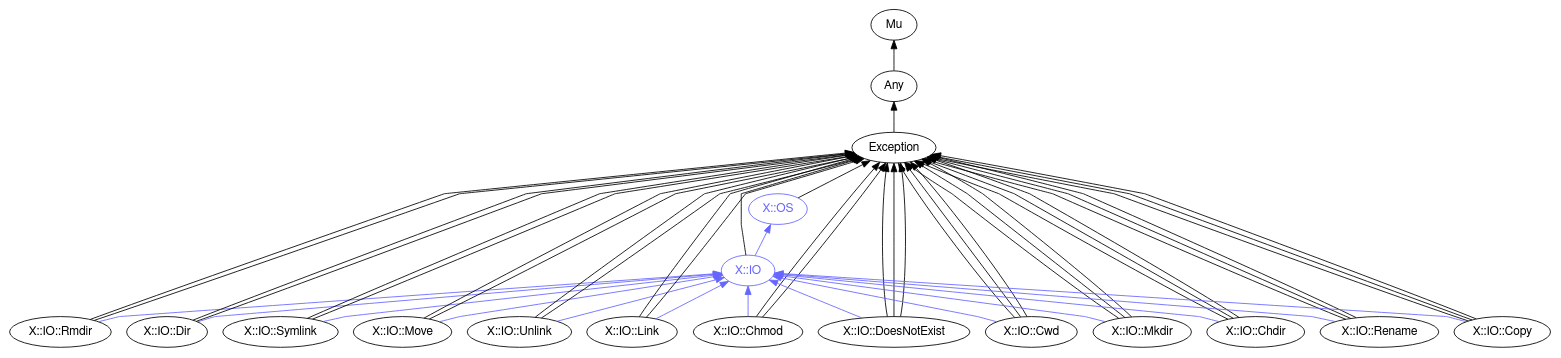
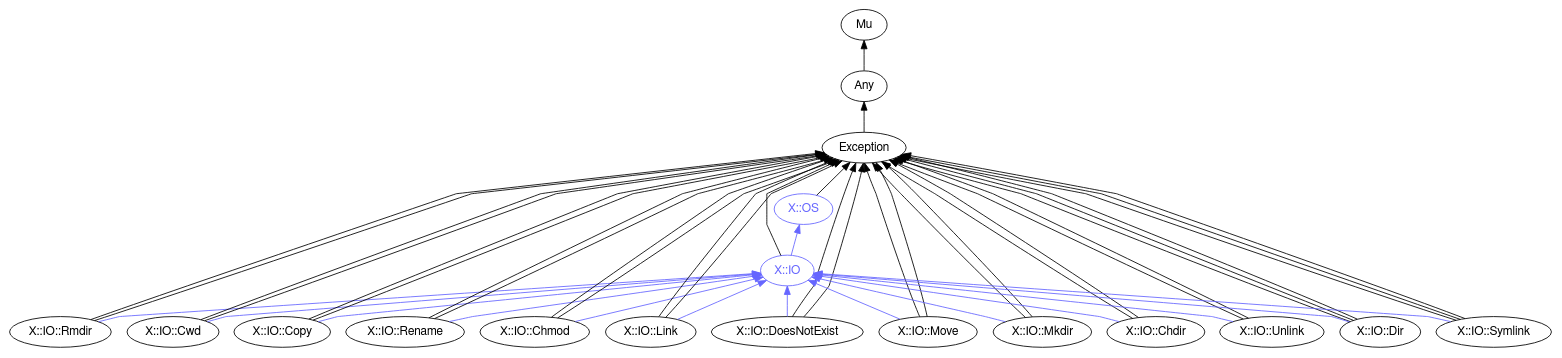
Before and after one commit to perl6docs/perl6docs.github.io: the diagram in images/type-graph-X::OS.svg.dot, drawn with Graphviz. The commit also changed 1861 other files, not shown here.

```diff
--- a/images/type-graph-X::OS.svg.dot
+++ b/images/type-graph-X::OS.svg.dot
@@ -1,78 +1,74 @@
 digraph "perl6-type-graph" {
     rankdir=BT;
     splines=polyline;
     overlap=false; 
     // Types
     "X::OS" [color="#6666FF", fontcolor="#6666FF", href="/type/X::OS", fontname="FreeSans"];
     "Mu" [color="#000000", fontcolor="#000000", href="/type/Mu", fontname="FreeSans"];
     "Any" [color="#000000", fontcolor="#000000", href="/type/Any", fontname="FreeSans"];
     "Exception" [color="#000000", fontcolor="#000000", href="/type/Exception", fontname="FreeSans"];
     "X::IO" [color="#6666FF", fontcolor="#6666FF", href="/type/X::IO", fontname="FreeSans"];
     "X::IO::Rmdir" [color="#000000", fontcolor="#000000", href="/type/X::IO::Rmdir", fontname="FreeSans"];
+    "X::IO::Cwd" [color="#000000", fontcolor="#000000", href="/type/X::IO::Cwd", fontname="FreeSans"];
+    "X::IO::Copy" [color="#000000", fontcolor="#000000", href="/type/X::IO::Copy", fontname="FreeSans"];
+    "X::IO::Rename" [color="#000000", fontcolor="#000000", href="/type/X::IO::Rename", fontname="FreeSans"];
+    "X::IO::Chmod" [color="#000000", fontcolor="#000000", href="/type/X::IO::Chmod", fontname="FreeSans"];
+    "X::IO::Link" [color="#000000", fontcolor="#000000", href="/type/X::IO::Link", fontname="FreeSans"];
+    "X::IO::DoesNotExist" [color="#000000", fontcolor="#000000", href="/type/X::IO::DoesNotExist", fontname="FreeSans"];
+    "X::IO::Move" [color="#000000", fontcolor="#000000", href="/type/X::IO::Move", fontname="FreeSans"];
+    "X::IO::Mkdir" [color="#000000", fontcolor="#000000", href="/type/X::IO::Mkdir", fontname="FreeSans"];
+    "X::IO::Chdir" [color="#000000", fontcolor="#000000", href="/type/X::IO::Chdir", fontname="FreeSans"];
+    "X::IO::Unlink" [color="#000000", fontcolor="#000000", href="/type/X::IO::Unlink", fontname="FreeSans"];
     "X::IO::Dir" [color="#000000", fontcolor="#000000", href="/type/X::IO::Dir", fontname="FreeSans"];
     "X::IO::Symlink" [color="#000000", fontcolor="#000000", href="/type/X::IO::Symlink", fontname="FreeSans"];
-    "X::IO::Move" [color="#000000", fontcolor="#000000", href="/type/X::IO::Move", fontname="FreeSans"];
-    "X::IO::Unlink" [color="#000000", fontcolor="#000000", href="/type/X::IO::Unlink", fontname="FreeSans"];
-    "X::IO::Link" [color="#000000", fontcolor="#000000", href="/type/X::IO::Link", fontname="FreeSans"];
-    "X::IO::Chmod" [color="#000000", fontcolor="#000000", href="/type/X::IO::Chmod", fontname="FreeSans"];
-    "X::IO::DoesNotExist" [color="#000000", fontcolor="#000000", href="/type/X::IO::DoesNotExist", fontname="FreeSans"];
-    "X::IO::Cwd" [color="#000000", fontcolor="#000000", href="/type/X::IO::Cwd", fontname="FreeSans"];
-    "X::IO::Mkdir" [color="#000000", fontcolor="#000000", href="/type/X::IO::Mkdir", fontname="FreeSans"];
-    "X::IO::Chdir" [color="#000000", fontcolor="#000000", href="/type/X::IO::Chdir", fontname="FreeSans"];
-    "X::IO::Rename" [color="#000000", fontcolor="#000000", href="/type/X::IO::Rename", fontname="FreeSans"];
-    "X::IO::Copy" [color="#000000", fontcolor="#000000", href="/type/X::IO::Copy", fontname="FreeSans"];
 
     // Superclasses
     "X::OS" -> "Exception" [color="#000000"];
     "Any" -> "Mu" [color="#000000"];
     "Exception" -> "Any" [color="#000000"];
     "X::IO" -> "Exception" [color="#000000"];
     "X::IO::Rmdir" -> "Exception" [color="#000000"];
     "X::IO::Rmdir" -> "Exception" [color="#000000"];
+    "X::IO::Cwd" -> "Exception" [color="#000000"];
+    "X::IO::Cwd" -> "Exception" [color="#000000"];
+    "X::IO::Copy" -> "Exception" [color="#000000"];
+    "X::IO::Copy" -> "Exception" [color="#000000"];
+    "X::IO::Rename" -> "Exception" [color="#000000"];
+    "X::IO::Rename" -> "Exception" [color="#000000"];
+    "X::IO::Chmod" -> "Exception" [color="#000000"];
+    "X::IO::Chmod" -> "Exception" [color="#000000"];
+    "X::IO::Link" -> "Exception" [color="#000000"];
+    "X::IO::Link" -> "Exception" [color="#000000"];
+    "X::IO::DoesNotExist" -> "Exception" [color="#000000"];
+    "X::IO::DoesNotExist" -> "Exception" [color="#000000"];
+    "X::IO::Move" -> "Exception" [color="#000000"];
+    "X::IO::Move" -> "Exception" [color="#000000"];
+    "X::IO::Mkdir" -> "Exception" [color="#000000"];
+    "X::IO::Mkdir" -> "Exception" [color="#000000"];
+    "X::IO::Chdir" -> "Exception" [color="#000000"];
+    "X::IO::Chdir" -> "Exception" [color="#000000"];
+    "X::IO::Unlink" -> "Exception" [color="#000000"];
+    "X::IO::Unlink" -> "Exception" [color="#000000"];
+    "X::IO::Dir" -> "Exception" [color="#000000"];
     "X::IO::Dir" -> "Exception" [color="#000000"];
     "X::IO::Dir" -> "Exception" [color="#000000"];
     "X::IO::Symlink" -> "Exception" [color="#000000"];
     "X::IO::Symlink" -> "Exception" [color="#000000"];
-    "X::IO::Move" -> "Exception" [color="#000000"];
-    "X::IO::Move" -> "Exception" [color="#000000"];
-    "X::IO::Unlink" -> "Exception" [color="#000000"];
-    "X::IO::Unlink" -> "Exception" [color="#000000"];
-    "X::IO::Link" -> "Exception" [color="#000000"];
-    "X::IO::Link" -> "Exception" [color="#000000"];
-    "X::IO::Chmod" -> "Exception" [color="#000000"];
-    "X::IO::Chmod" -> "Exception" [color="#000000"];
-    "X::IO::DoesNotExist" -> "Exception" [color="#000000"];
-    "X::IO::DoesNotExist" -> "Exception" [color="#000000"];
-    "X::IO::DoesNotExist" -> "Exception" [color="#000000"];
-    "X::IO::Cwd" -> "Exception" [color="#000000"];
-    "X::IO::Cwd" -> "Exception" [color="#000000"];
-    "X::IO::Cwd" -> "Exception" [color="#000000"];
-    "X::IO::Mkdir" -> "Exception" [color="#000000"];
-    "X::IO::Mkdir" -> "Exception" [color="#000000"];
-    "X::IO::Mkdir" -> "Exception" [color="#000000"];
-    "X::IO::Chdir" -> "Exception" [color="#000000"];
-    "X::IO::Chdir" -> "Exception" [color="#000000"];
-    "X::IO::Chdir" -> "Exception" [color="#000000"];
-    "X::IO::Rename" -> "Exception" [color="#000000"];
-    "X::IO::Rename" -> "Exception" [color="#000000"];
-    "X::IO::Rename" -> "Exception" [color="#000000"];
-    "X::IO::Copy" -> "Exception" [color="#000000"];
-    "X::IO::Copy" -> "Exception" [color="#000000"];
-    "X::IO::Copy" -> "Exception" [color="#000000"];
+    "X::IO::Symlink" -> "Exception" [color="#000000"];
 
     // Roles
     "X::IO" -> "X::OS" [color="#6666FF"];
     "X::IO::Rmdir" -> "X::IO" [color="#6666FF"];
+    "X::IO::Cwd" -> "X::IO" [color="#6666FF"];
+    "X::IO::Copy" -> "X::IO" [color="#6666FF"];
+    "X::IO::Rename" -> "X::IO" [color="#6666FF"];
+    "X::IO::Chmod" -> "X::IO" [color="#6666FF"];
+    "X::IO::Link" -> "X::IO" [color="#6666FF"];
+    "X::IO::DoesNotExist" -> "X::IO" [color="#6666FF"];
+    "X::IO::Move" -> "X::IO" [color="#6666FF"];
+    "X::IO::Mkdir" -> "X::IO" [color="#6666FF"];
+    "X::IO::Chdir" -> "X::IO" [color="#6666FF"];
+    "X::IO::Unlink" -> "X::IO" [color="#6666FF"];
     "X::IO::Dir" -> "X::IO" [color="#6666FF"];
     "X::IO::Symlink" -> "X::IO" [color="#6666FF"];
-    "X::IO::Move" -> "X::IO" [color="#6666FF"];
-    "X::IO::Unlink" -> "X::IO" [color="#6666FF"];
-    "X::IO::Link" -> "X::IO" [color="#6666FF"];
-    "X::IO::Chmod" -> "X::IO" [color="#6666FF"];
-    "X::IO::DoesNotExist" -> "X::IO" [color="#6666FF"];
-    "X::IO::Cwd" -> "X::IO" [color="#6666FF"];
-    "X::IO::Mkdir" -> "X::IO" [color="#6666FF"];
-    "X::IO::Chdir" -> "X::IO" [color="#6666FF"];
-    "X::IO::Rename" -> "X::IO" [color="#6666FF"];
-    "X::IO::Copy" -> "X::IO" [color="#6666FF"];
 }
```
